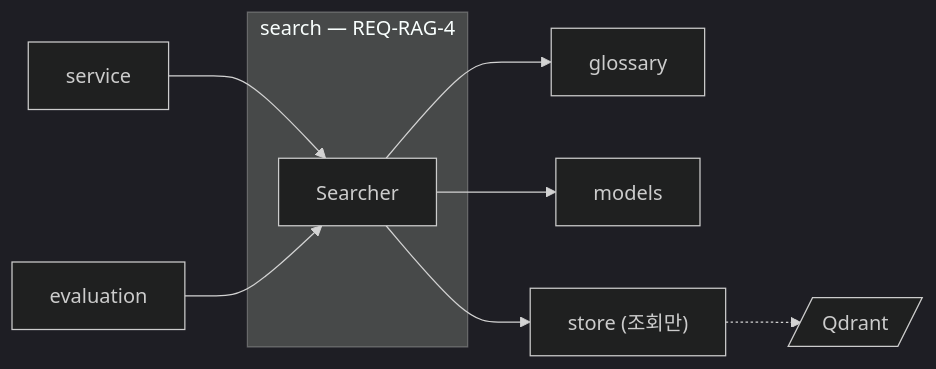
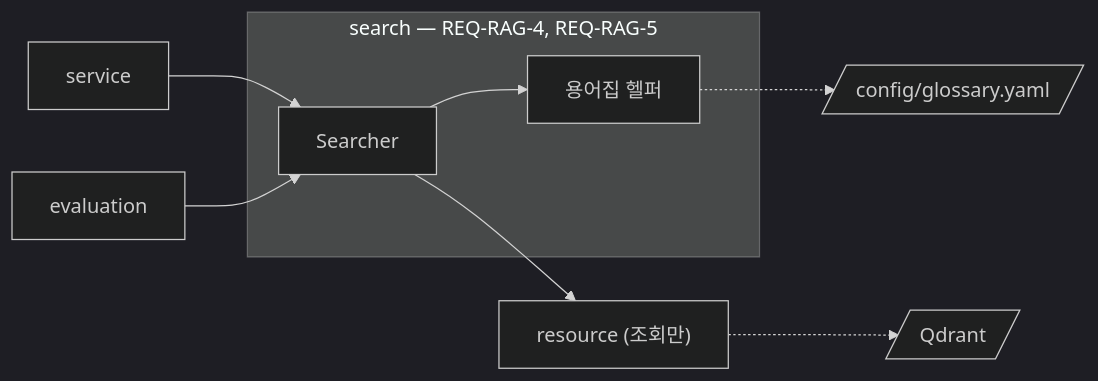
One commit to victor7-aquila/minerva changed the first of 3 diagrams in apps/rag-server/src/minerva_rag/search/MODULE.md. Above: the diagram before and after it, drawn with Mermaid (dark theme). The commit also changed other lines of this file and 12 other files, not shown here.

````diff
--- a/apps/rag-server/src/minerva_rag/search/MODULE.md
+++ b/apps/rag-server/src/minerva_rag/search/MODULE.md
@@ -45,12 +52,11 @@
 ```mermaid
 flowchart LR
     Service["service"] --> Searcher
     Evaluation["evaluation"] --> Searcher
-    subgraph Boundary["search — REQ-RAG-4"]
-        Searcher["Searcher"]
+    subgraph Boundary["search — REQ-RAG-4, REQ-RAG-5"]
+        Searcher["Searcher"] --> Glossary["용어집 헬퍼"]
     end
-    Searcher --> Glossary["glossary"]
-    Searcher --> Models["models"]
-    Searcher --> Store["store (조회만)"]
-    Store -.-> Qdrant[/"Qdrant"/]
+    Glossary -.-> File[/"config/glossary.yaml"/]
+    Searcher --> Resource["resource (조회만)"]
+    Resource -.-> Qdrant[/"Qdrant"/]
 ```
````
